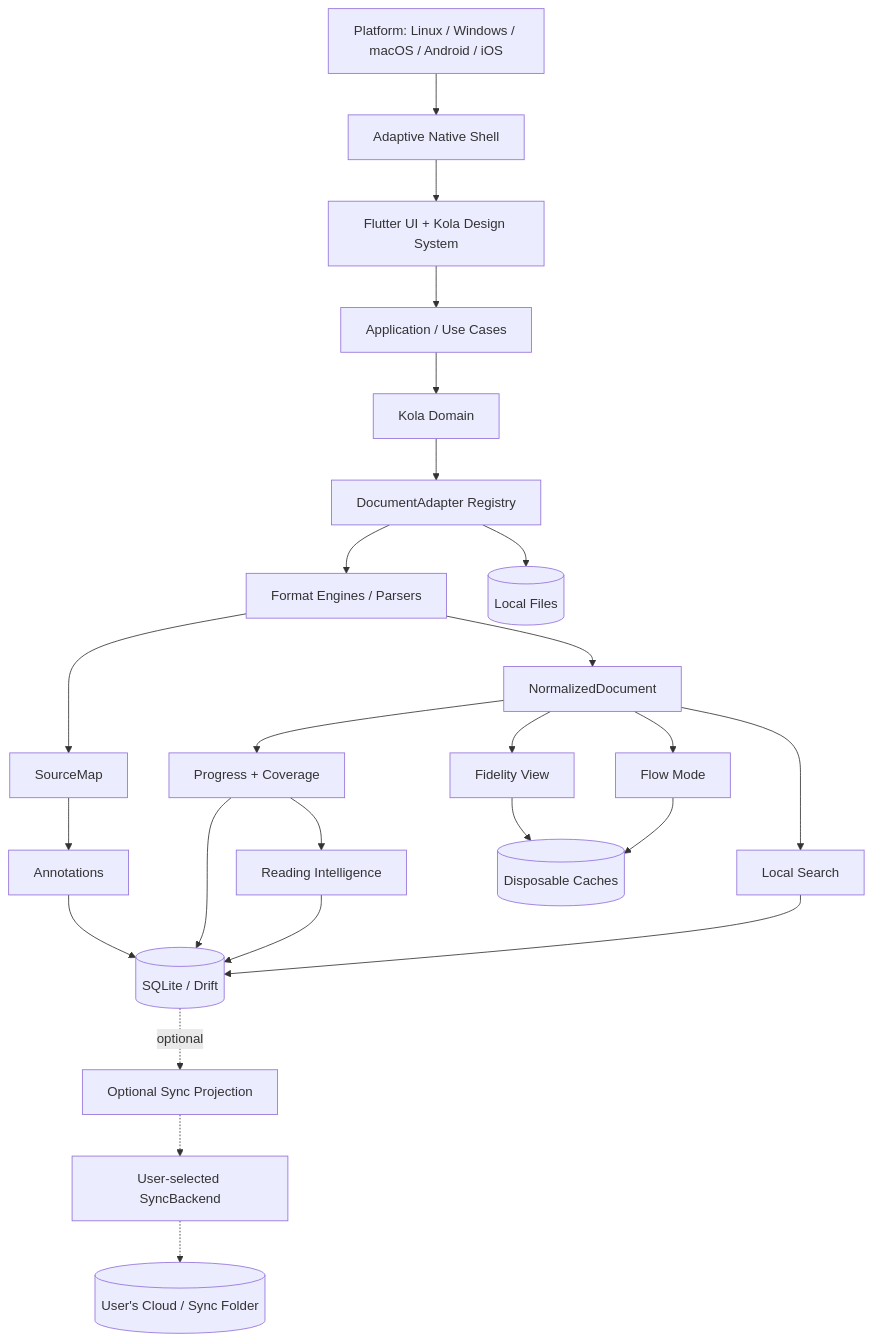
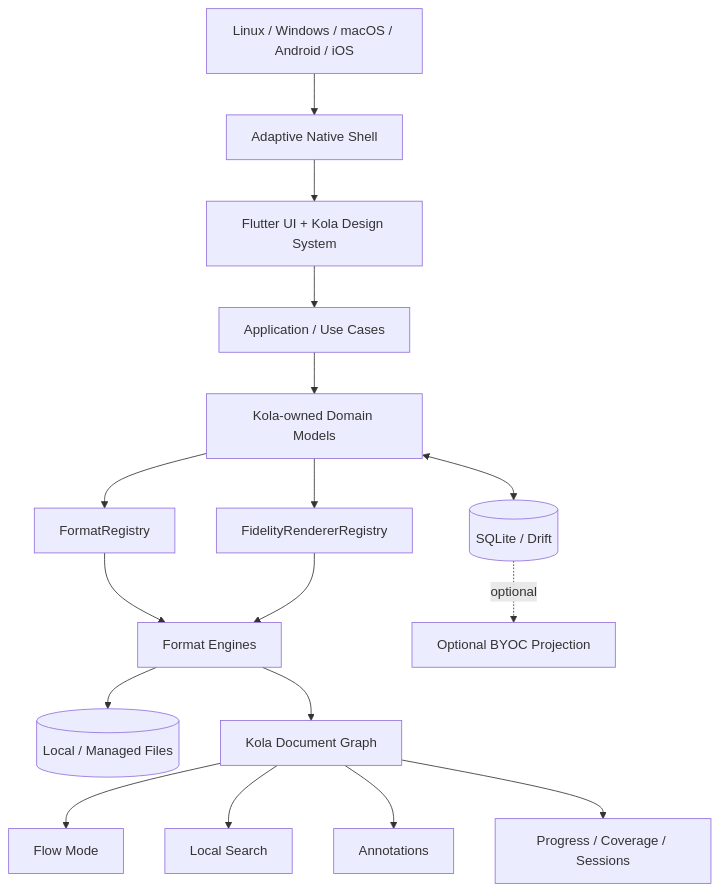
Before and after one commit to aaditya140103/kola: the first of 11 diagrams in docs/PROJECT_GRAPH.md, drawn with Mermaid. The commit also changed other lines of this file, not shown here.

Commit message:
docs: update compact architecture graph for pdf reader

````diff
--- a/docs/PROJECT_GRAPH.md
+++ b/docs/PROJECT_GRAPH.md
@@ -7,42 +7,31 @@
 ```mermaid
 flowchart TD
-    OS[Platform: Linux / Windows / macOS / Android / iOS]
+    OS[Linux / Windows / macOS / Android / iOS]
     Shell[Adaptive Native Shell]
     UI[Flutter UI + Kola Design System]
     App[Application / Use Cases]
-    Domain[Kola Domain]
-    Registry[DocumentAdapter Registry]
-    Engines[Format Engines / Parsers]
-    ND[NormalizedDocument]
-    SM[SourceMap]
-    Fidelity[Fidelity View]
+    Domain[Kola-owned Domain Models]
+    DB[(SQLite / Drift)]
+    Files[(Local / Managed Files)]
+    AdapterRegistry[FormatRegistry]
+    FidelityRegistry[FidelityRendererRegistry]
+    Engines[Format Engines]
+    KDG[Kola Document Graph]
     Flow[Flow Mode]
     Search[Local Search]
     Ann[Annotations]
-    Progress[Progress + Coverage]
-    Intelligence[Reading Intelligence]
-    DB[(SQLite / Drift)]
-    Files[(Local Files)]
-    Cache[(Disposable Caches)]
-    SyncProjection[Optional Sync Projection]
-    SyncBackend[User-selected SyncBackend]
-    Cloud[(User's Cloud / Sync Folder)]
+    Read[Progress / Coverage / Sessions]
+    Sync[Optional BYOC Projection]
 
-    OS --> Shell --> UI --> App --> Domain --> Registry --> Engines
-    Engines --> ND
-    Engines --> SM
-    ND --> Fidelity
-    ND --> Flow
-    ND --> Search
-    SM --> Ann
-    ND --> Progress
-    Progress --> Intelligence
-    Ann --> DB
-    Progress --> DB
-    Intelligence --> DB
-    Search --> DB
-    Registry --> Files
-    Fidelity --> Cache
-    Flow --> Cache
-    DB -. optional .-> SyncProjection -.-> SyncBackend -.-> Cloud
+    OS --> Shell --> UI --> App --> Domain
+    Domain <--> DB
+    Domain --> AdapterRegistry --> Engines
+    Domain --> FidelityRegistry --> Engines
+    Engines --> Files
+    Engines --> KDG
+    KDG --> Flow
+    KDG --> Search
+    KDG --> Ann
+    KDG --> Read
+    DB -. optional .-> Sync
 ```
````
